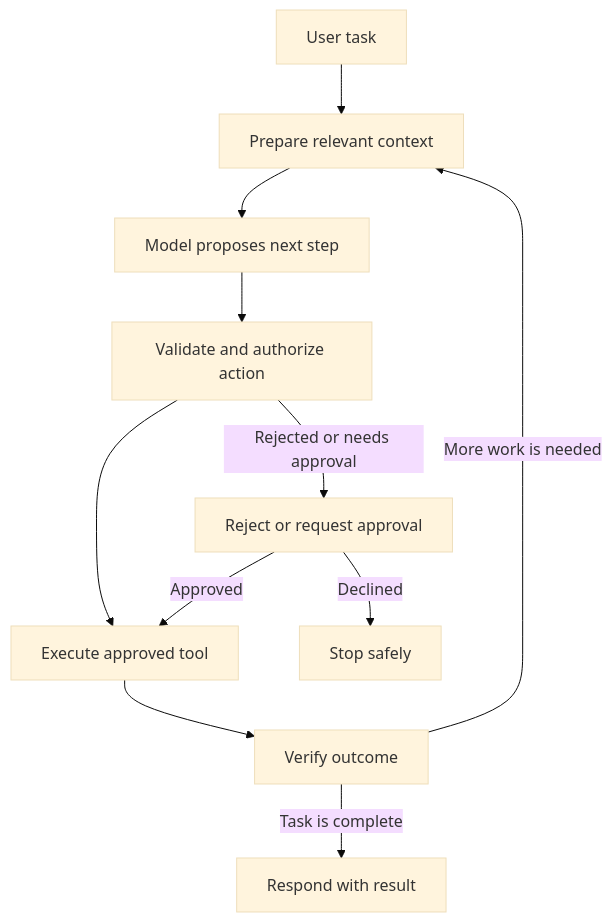
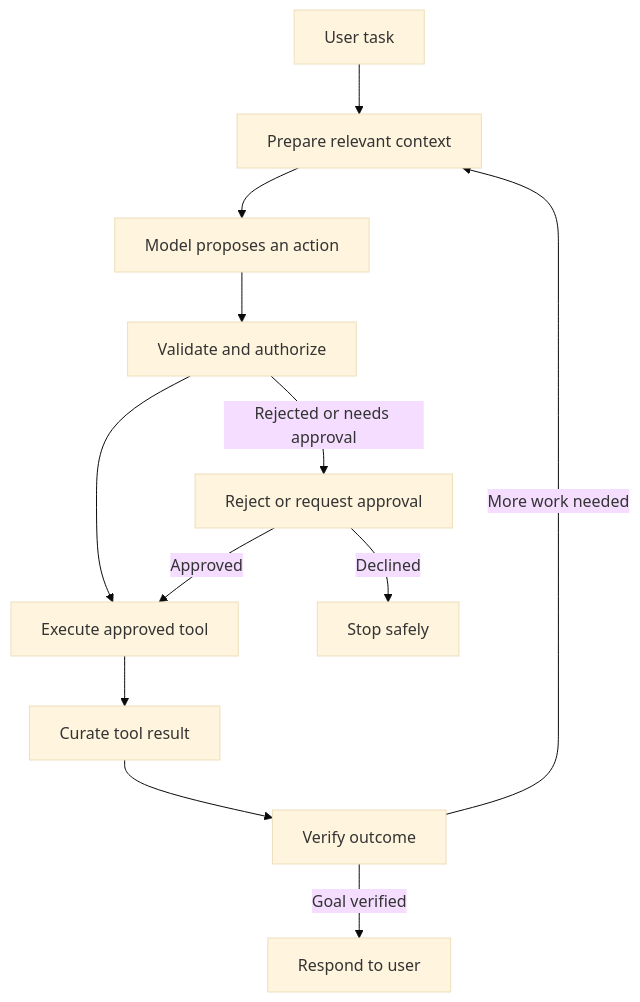
One commit to MihirKJha/enterprise-ai-blog changed the first of 2 diagrams in docs/architecture-insights/ai-agents/5.0-anatomy_of_an_ai_agent_harness.md. Above: the diagram before and after it, drawn with Mermaid (base theme). The commit also changed other lines of this file, not shown here.

````diff
--- a/docs/architecture-insights/ai-agents/5.0-anatomy_of_an_ai_agent_harness.md
+++ b/docs/architecture-insights/ai-agents/5.0-anatomy_of_an_ai_agent_harness.md
@@ -44,13 +43,14 @@
 ```mermaid
 flowchart TD
     A[User task] --> B[Prepare relevant context]
-    B --> C[Model proposes next step]
-    C --> D[Validate and authorize action]
+    B --> C[Model proposes an action]
+    C --> D[Validate and authorize]
     D --> E[Execute approved tool]
-    E --> F[Verify outcome]
-    F -->|More work is needed| B
-    F -->|Task is complete| G[Respond with result]
-    D -->|Rejected or needs approval| H[Reject or request approval]
-    H -->|Approved| E
-    H -->|Declined| I[Stop safely]
+    E --> F[Curate tool result]
+    F --> G[Verify outcome]
+    G -->|More work needed| B
+    G -->|Goal verified| H[Respond to user]
+    D -->|Rejected or needs approval| I[Reject or request approval]
+    I -->|Approved| E
+    I -->|Declined| J[Stop safely]
 ```
````
